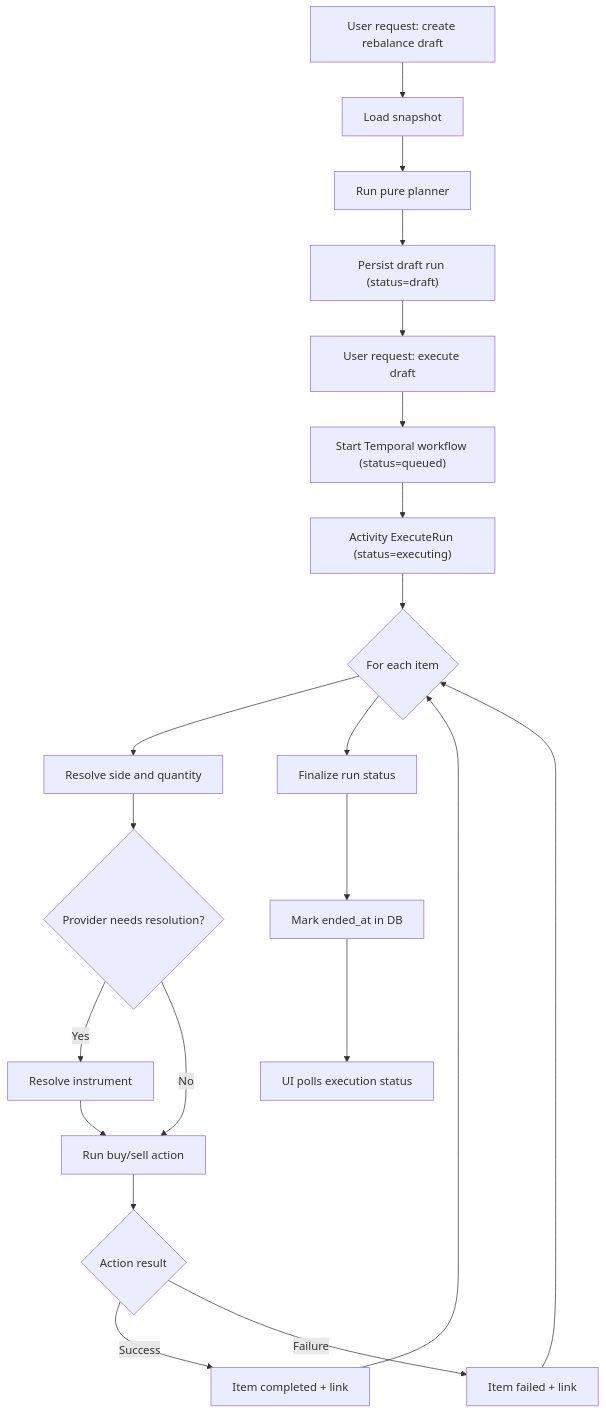
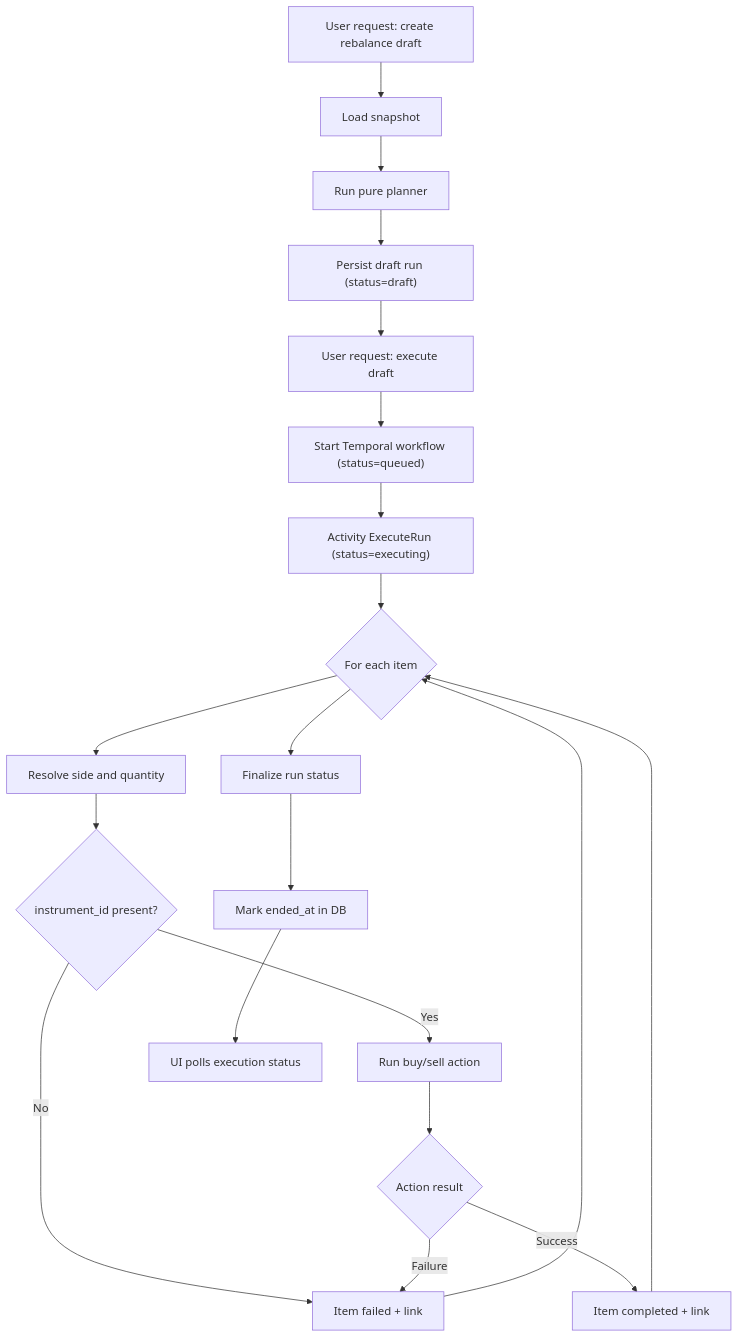
Before and after one commit to Wgmlgz/index-replication: the first of 2 diagrams in docs/rebalancing/execution-pipeline.md, drawn with Mermaid. The commit also changed other lines of this file and 3 other files, not shown here.

````diff
--- a/docs/rebalancing/execution-pipeline.md
+++ b/docs/rebalancing/execution-pipeline.md
@@ -72,23 +74,22 @@
 ```mermaid
 flowchart TD
     A["User request: create rebalance draft"] --> B["Load snapshot"]
     B --> C["Run pure planner"]
     C --> D["Persist draft run (status=draft)"]
     D --> E["User request: execute draft"]
     E --> F["Start Temporal workflow (status=queued)"]
     F --> G["Activity ExecuteRun (status=executing)"]
     G --> H{For each item}
     H --> I["Resolve side and quantity"]
-    I --> J{Provider needs resolution?}
-    J -->|Yes| K["Resolve instrument"]
-    J -->|No| L["Run buy/sell action"]
-    K --> L
+    I --> J{"instrument_id present?"}
+    J -->|No| O["Item failed + link"]
+    J -->|Yes| L["Run buy/sell action"]
     L --> M{Action result}
     M -->|Success| N["Item completed + link"]
     M -->|Failure| O["Item failed + link"]
     N --> H
     O --> H
     H --> P["Finalize run status"]
     P --> Q["Mark ended_at in DB"]
     Q --> R["UI polls execution status"]
 ```
````
